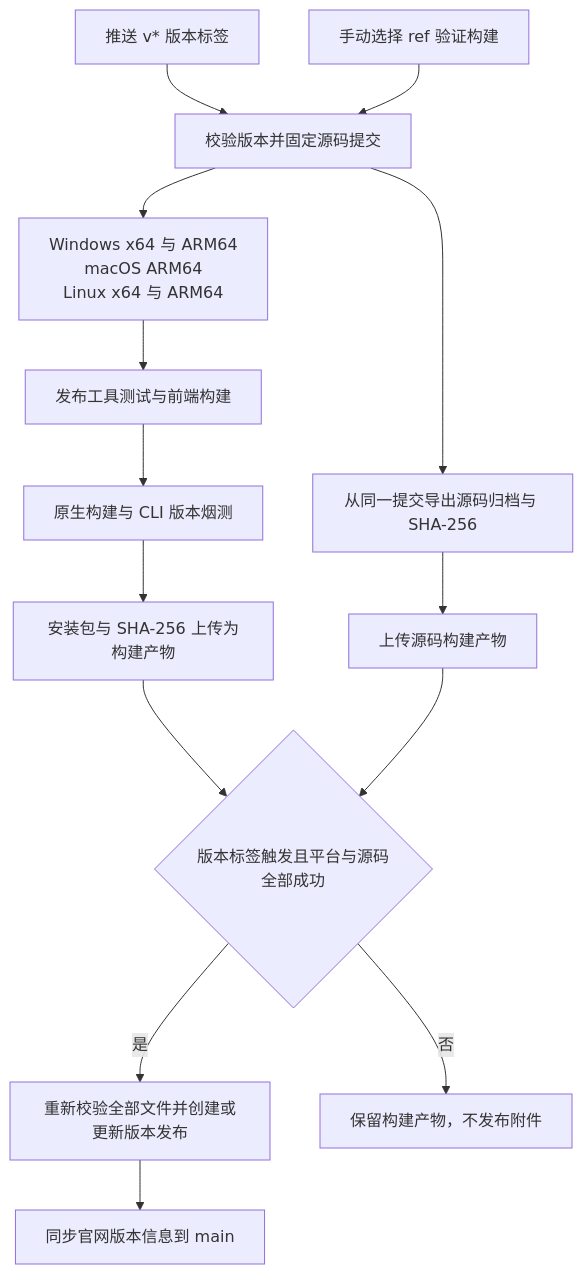
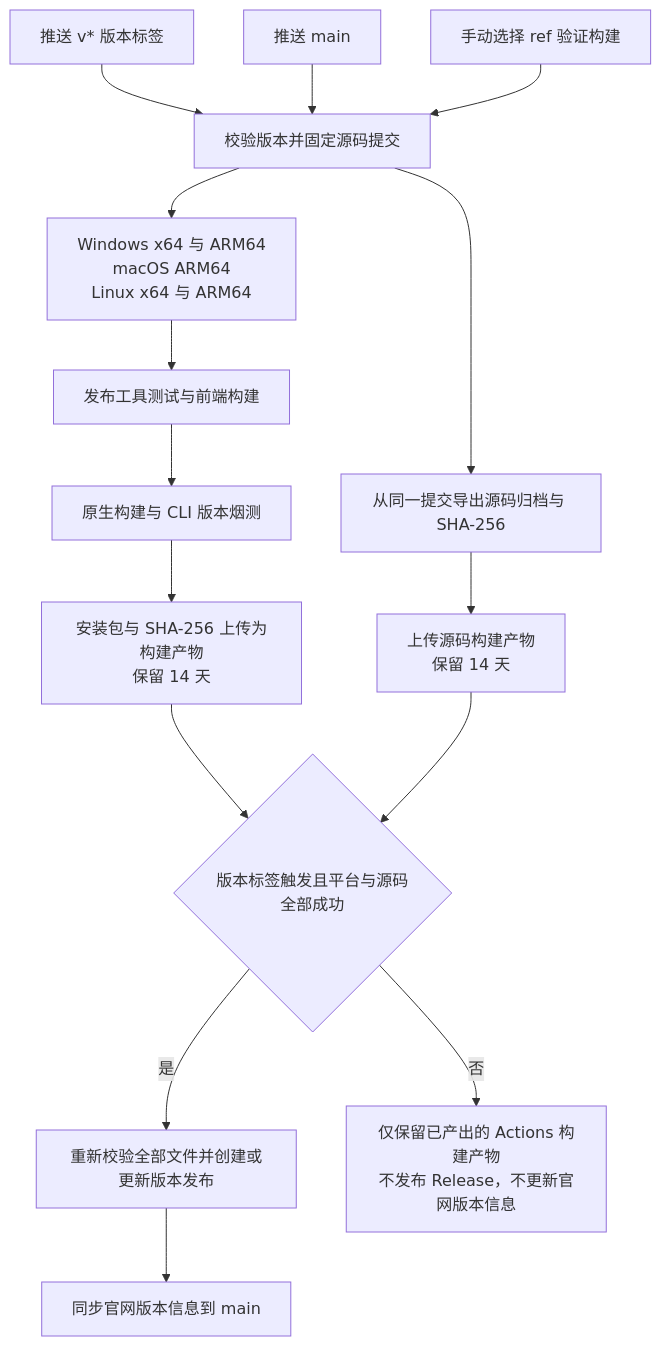
One commit to HG-ha/Argusai changed the diagram in wiki/Build-and-Release.md. Above: the diagram before and after it, drawn with Mermaid. The commit also changed other lines of this file and 2 other files, not shown here.

Commit message:
build: package main pushes without publishing releases

````diff
--- a/wiki/Build-and-Release.md
+++ b/wiki/Build-and-Release.md
@@ -167,16 +167,17 @@
 ```mermaid
 flowchart TD
     A[推送 v* 版本标签] --> B[校验版本并固定源码提交]
+    N[推送 main] --> B
     M[手动选择 ref 验证构建] --> B
     B --> C[Windows x64 与 ARM64<br/>macOS ARM64<br/>Linux x64 与 ARM64]
     C --> D[发布工具测试与前端构建]
     D --> E[原生构建与 CLI 版本烟测]
-    E --> F[安装包与 SHA-256 上传为构建产物]
+    E --> F[安装包与 SHA-256 上传为构建产物<br/>保留 14 天]
     B --> J[从同一提交导出源码归档与 SHA-256]
-    J --> K[上传源码构建产物]
+    J --> K[上传源码构建产物<br/>保留 14 天]
     F --> G{版本标签触发且平台与源码全部成功}
     K --> G
     G -->|是| H[重新校验全部文件并创建或更新版本发布]
-    G -->|否| I[保留构建产物，不发布附件]
+    G -->|否| I[仅保留已产出的 Actions 构建产物<br/>不发布 Release，不更新官网版本信息]
     H --> W[同步官网版本信息到 main]
 ```
````
